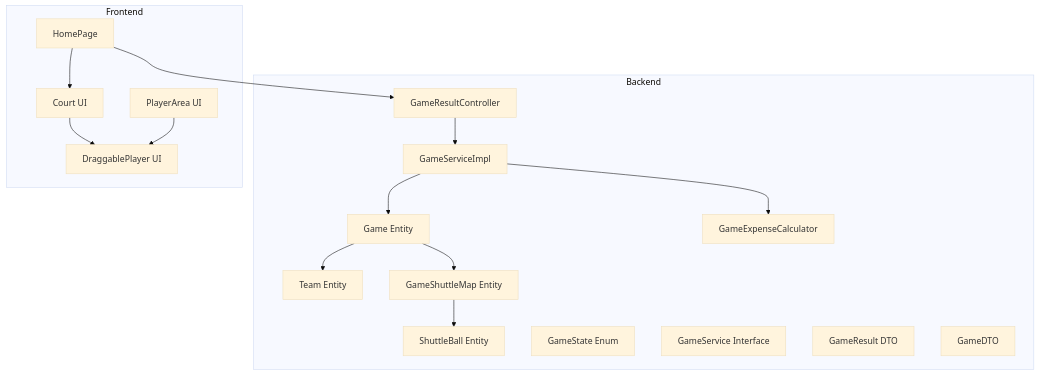
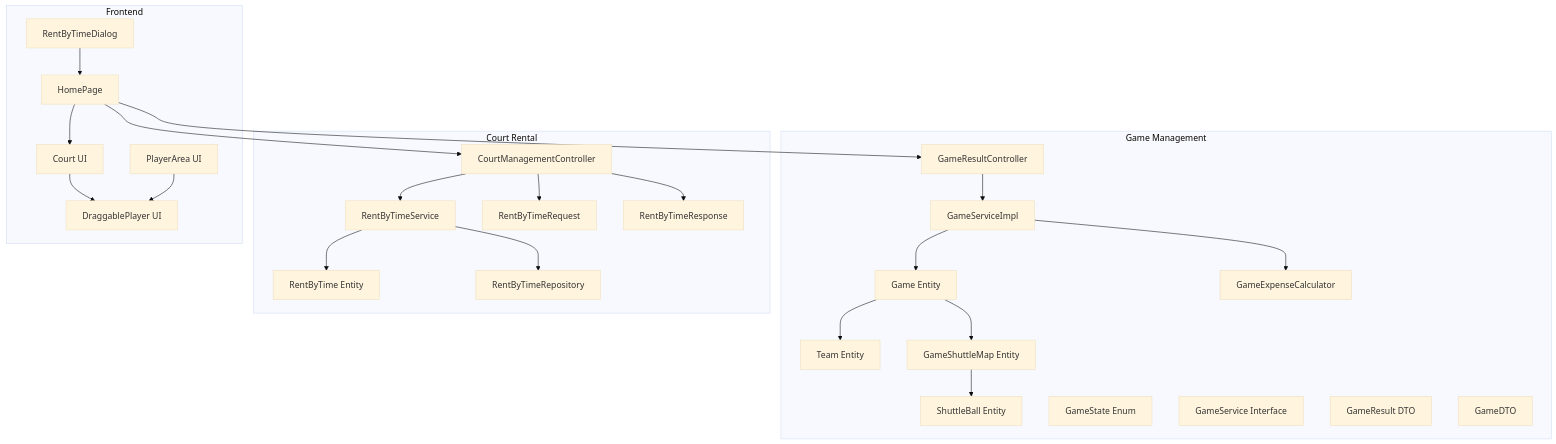
Before and after one commit to Vissel/badminton-court-management: the first of 10 diagrams in .qoder/repowiki/en/content/Game Management System.md, drawn with Mermaid (base theme). The commit also changed other lines of this file and 11 other files, not shown here.

Commit message:
feat(court): add dynamic court area display

````diff
--- a/.qoder/repowiki/en/content/Game Management System.md
+++ b/.qoder/repowiki/en/content/Game Management System.md
@@ -42,32 +59,48 @@
 ```mermaid
 graph TB
-subgraph "Backend"
+subgraph "Game Management"
 A["Game Entity"]
 B["Team Entity"]
 C["GameShuttleMap Entity"]
 D["ShuttleBall Entity"]
 E["GameState Enum"]
 F["GameService Interface"]
 G["GameServiceImpl"]
 H["GameExpenseCalculator"]
 I["GameResultController"]
 J["GameResult DTO"]
 K["GameDTO"]
 end
+subgraph "Court Rental"
+L["RentByTime Entity"]
+M["RentByTimeService"]
+N["RentByTimeRequest"]
+O["RentByTimeResponse"]
+P["RentByTimeRepository"]
+Q["CourtManagementController"]
+end
 subgraph "Frontend"
-L["Court UI"]
-M["DraggablePlayer UI"]
-N["PlayerArea UI"]
-O["HomePage"]
+R["Court UI"]
+S["DraggablePlayer UI"]
+T["PlayerArea UI"]
+U["HomePage"]
+V["RentByTimeDialog"]
 end
 A --> C
 A --> B
 C --> D
 G --> A
 G --> H
 I --> G
-O --> I
-O --> L
-L --> M
-N --> M
+Q --> M
+M --> L
+M --> P
+Q --> N
+Q --> O
+U --> I
+U --> Q
+U --> R
+R --> S
+T --> S
+V --> U
 ```
````
